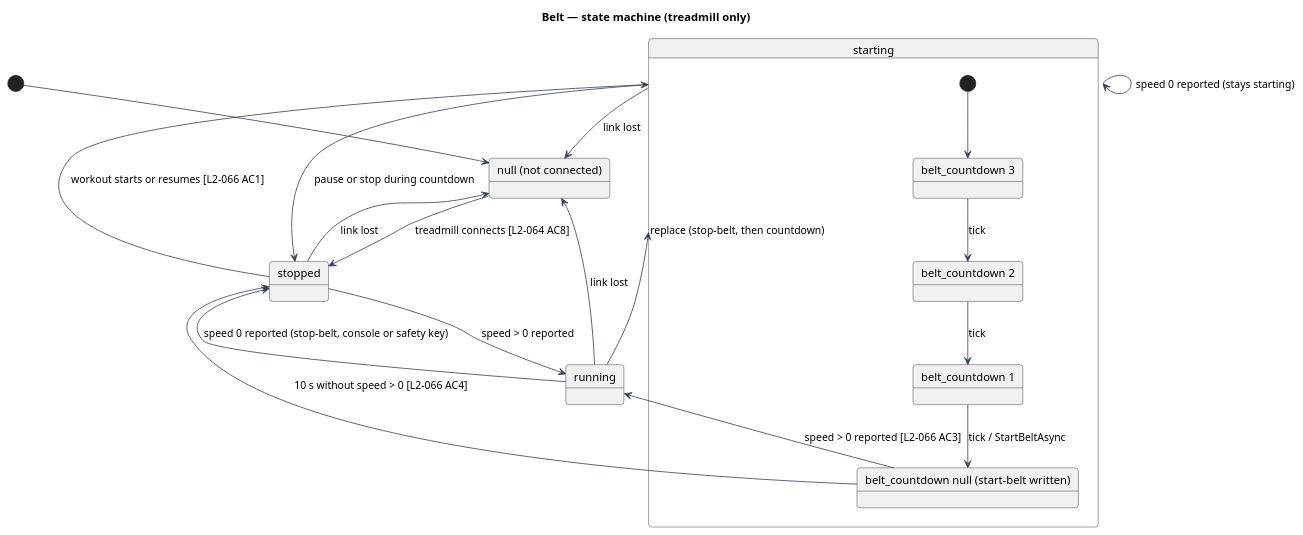
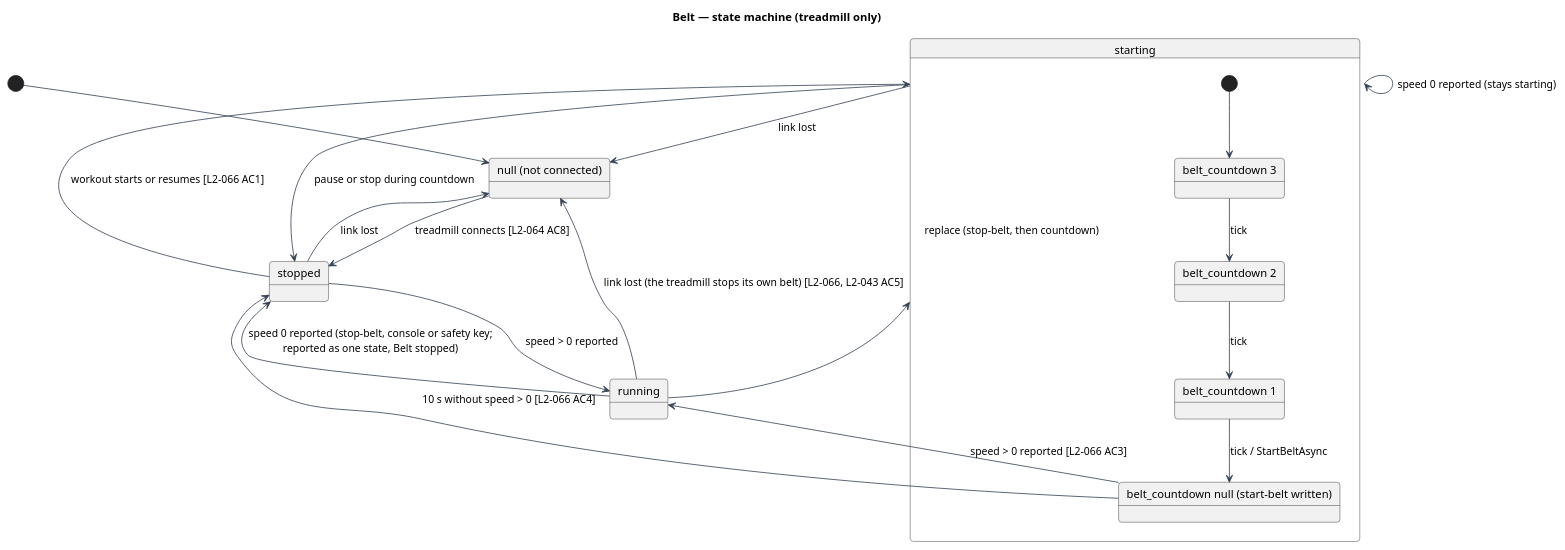
One commit to QuinntyneBrown/ride-one changed the diagram in docs/detailed-designs/treadmill/control-the-belt/diagrams/state-belt.puml. Above: the diagram before and after it, drawn with PlantUML. The commit also changed 151 other files, not shown here.

```diff
--- a/docs/detailed-designs/treadmill/control-the-belt/diagrams/state-belt.puml
+++ b/docs/detailed-designs/treadmill/control-the-belt/diagrams/state-belt.puml
@@ -1,35 +1,35 @@
 @startuml
 skinparam backgroundColor #FFFFFF
 skinparam shadowing false
 skinparam roundcorner 8
 skinparam defaultFontName Arial
 skinparam ArrowColor #344054
 title Belt — state machine (treadmill only)
 state "null (not connected)" as None
 state "stopped" as Stopped
 state "starting" as Starting {
   state "belt_countdown 3" as C3
   state "belt_countdown 2" as C2
   state "belt_countdown 1" as C1
   state "belt_countdown null (start-belt written)" as Written
   [*] --> C3
   C3 --> C2 : tick
   C2 --> C1 : tick
   C1 --> Written : tick / StartBeltAsync
 }
 state "running" as Running
 
 [*] --> None
 None --> Stopped : treadmill connects [L2-064 AC8]
 Stopped --> Starting : workout starts or resumes [L2-066 AC1]
 Running --> Starting : replace (stop-belt, then countdown)
 Written --> Running : speed > 0 reported [L2-066 AC3]
 Written --> Stopped : 10 s without speed > 0 [L2-066 AC4]
 Starting --> Starting : speed 0 reported (stays starting)
 Starting --> Stopped : pause or stop during countdown
-Running --> Stopped : speed 0 reported (stop-belt, console or safety key)
+Running --> Stopped : speed 0 reported (stop-belt, console or safety key;\nreported as one state, Belt stopped)
 Stopped --> Running : speed > 0 reported
 Stopped --> None : link lost
 Starting --> None : link lost
-Running --> None : link lost
+Running --> None : link lost (the treadmill stops its own belt) [L2-066, L2-043 AC5]
 @enduml
```
